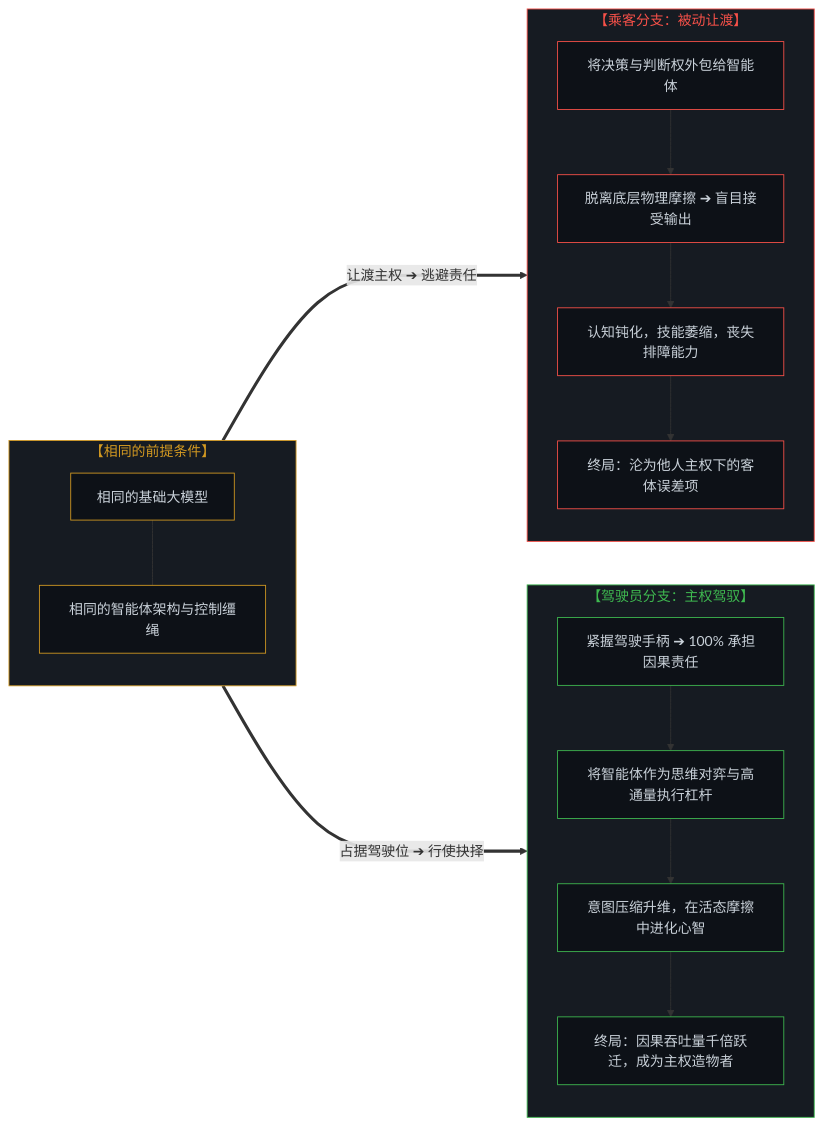
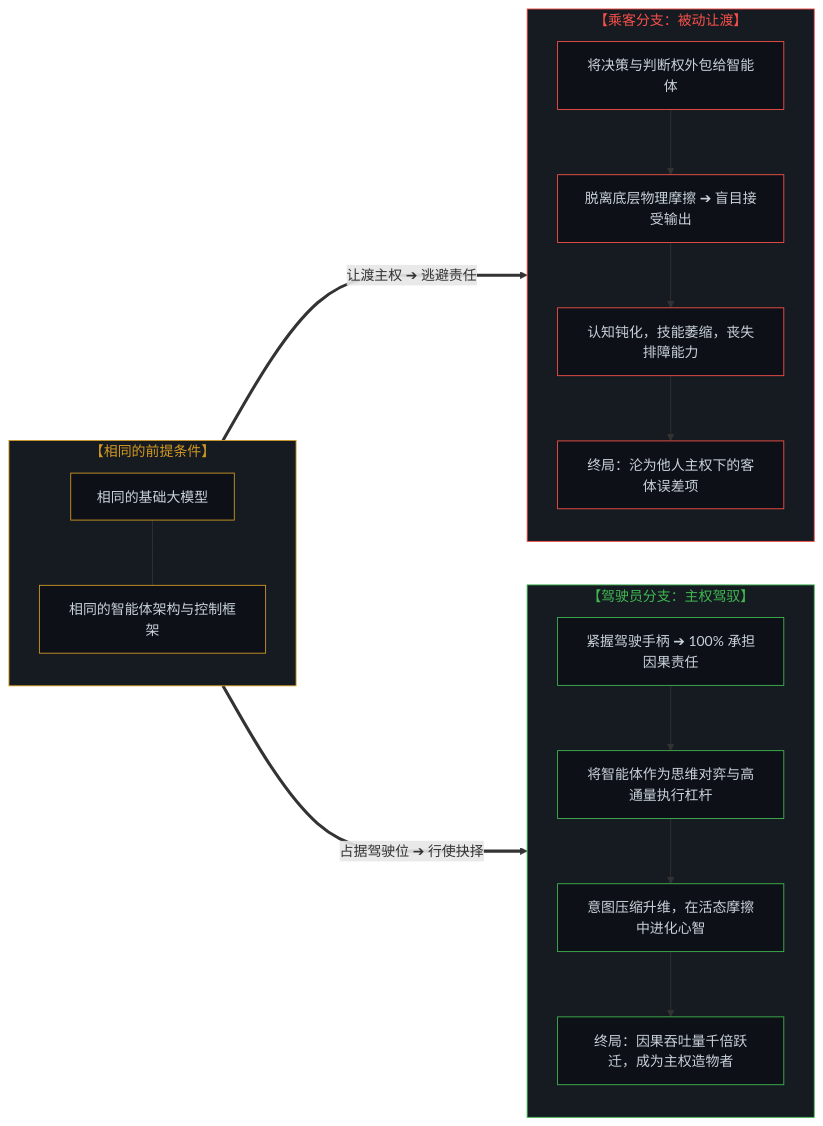
Before and after one commit to powerpig99/not-a-toe: the fourth of 5 diagrams in content/posts/the-inversion-of-the-harness-and-the-driver-seat-asymmetry.md, drawn with Mermaid. The commit also changed other lines of this file and 5 other files, not shown here.

````diff
--- a/content/posts/the-inversion-of-the-harness-and-the-driver-seat-asymmetry.md
+++ b/content/posts/the-inversion-of-the-harness-and-the-driver-seat-asymmetry.md
@@ -231,44 +231,44 @@
 ```mermaid
 graph LR
     subgraph S_Input["【相同的前提条件】"]
         direction TB
         U0["相同的基础大模型"]
-        U1["相同的智能体架构与控制缰绳"]
+        U1["相同的智能体架构与控制框架"]
         U0 --- U1
     end
 
     subgraph S_Passive["【乘客分支：被动让渡】"]
         direction TB
         P1["将决策与判断权外包给智能体"]
         P2["脱离底层物理摩擦 ➔ 盲目接受输出"]
         P3["认知钝化，技能萎缩，丧失排障能力"]
         P4["终局：沦为他人主权下的客体误差项"]
         P1 --> P2 --> P3 --> P4
     end
 
     subgraph S_Active["【驾驶员分支：主权驾驭】"]
         direction TB
         A1["紧握驾驶手柄 ➔ 100% 承担因果责任"]
         A2["将智能体作为思维对弈与高通量执行杠杆"]
         A3["意图压缩升维，在活态摩擦中进化心智"]
         A4["终局：因果吞吐量千倍跃迁，成为主权造物者"]
         A1 --> A2 --> A3 --> A4
     end
 
     S_Input ===>|"让渡主权 ➔ 逃避责任"| S_Passive
     S_Input ===>|"占据驾驶位 ➔ 行使抉择"| S_Active
 
     style S_Input fill:#161b22,stroke:#d29922,stroke-width:1px,color:#d29922
     style S_Passive fill:#161b22,stroke:#f85149,stroke-width:1px,color:#f85149
     style S_Active fill:#161b22,stroke:#3fb950,stroke-width:1px,color:#3fb950
     style U0 fill:#0d1117,stroke:#d29922,stroke-width:1px,color:#c9d1d9
     style U1 fill:#0d1117,stroke:#d29922,stroke-width:1px,color:#c9d1d9
     style P1 fill:#0d1117,stroke:#f85149,stroke-width:1px,color:#c9d1d9
     style P2 fill:#0d1117,stroke:#f85149,stroke-width:1px,color:#c9d1d9
     style P3 fill:#0d1117,stroke:#f85149,stroke-width:1px,color:#c9d1d9
     style P4 fill:#0d1117,stroke:#f85149,stroke-width:1px,color:#c9d1d9
     style A1 fill:#0d1117,stroke:#3fb950,stroke-width:1px,color:#c9d1d9
     style A2 fill:#0d1117,stroke:#3fb950,stroke-width:1px,color:#c9d1d9
     style A3 fill:#0d1117,stroke:#3fb950,stroke-width:1px,color:#c9d1d9
     style A4 fill:#0d1117,stroke:#3fb950,stroke-width:1px,color:#c9d1d9
 ```
````
